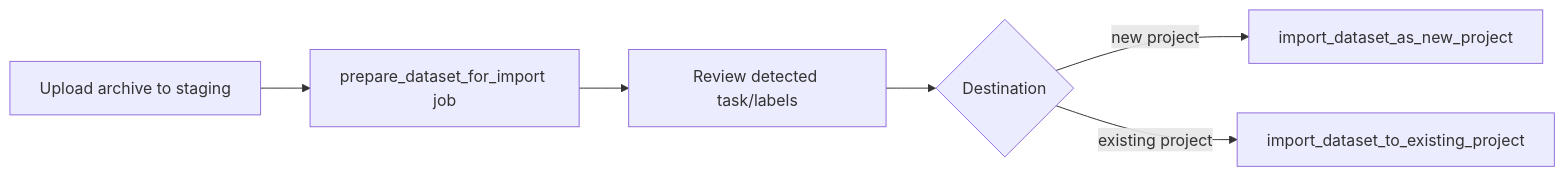
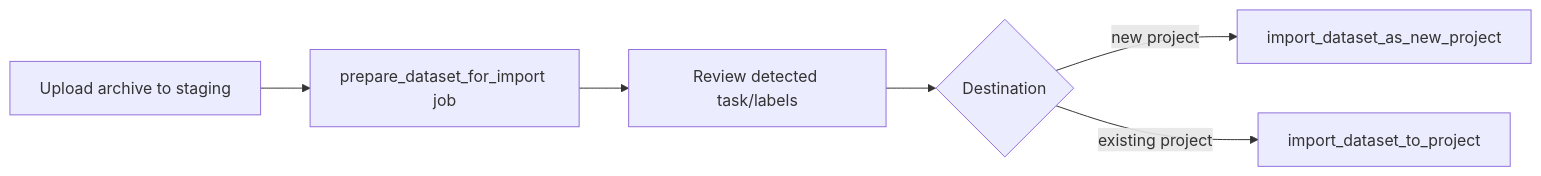
The diagram in skills/application/geti-import-export-datasets/SKILL.md (open-edge-platform/geti), drawn with Mermaid before and after one commit. The commit also changed other lines of this file and 5 other files, not shown here.

````diff
--- a/skills/application/geti-import-export-datasets/SKILL.md
+++ b/skills/application/geti-import-export-datasets/SKILL.md
@@ -51,8 +51,8 @@
 ```mermaid
 flowchart LR
     A[Upload archive to staging] --> B[prepare_dataset_for_import job]
     B --> C[Review detected task/labels]
     C --> D{Destination}
     D -->|new project| E[import_dataset_as_new_project]
-    D -->|existing project| F[import_dataset_to_existing_project]
+    D -->|existing project| F[import_dataset_to_project]
 ```
````
